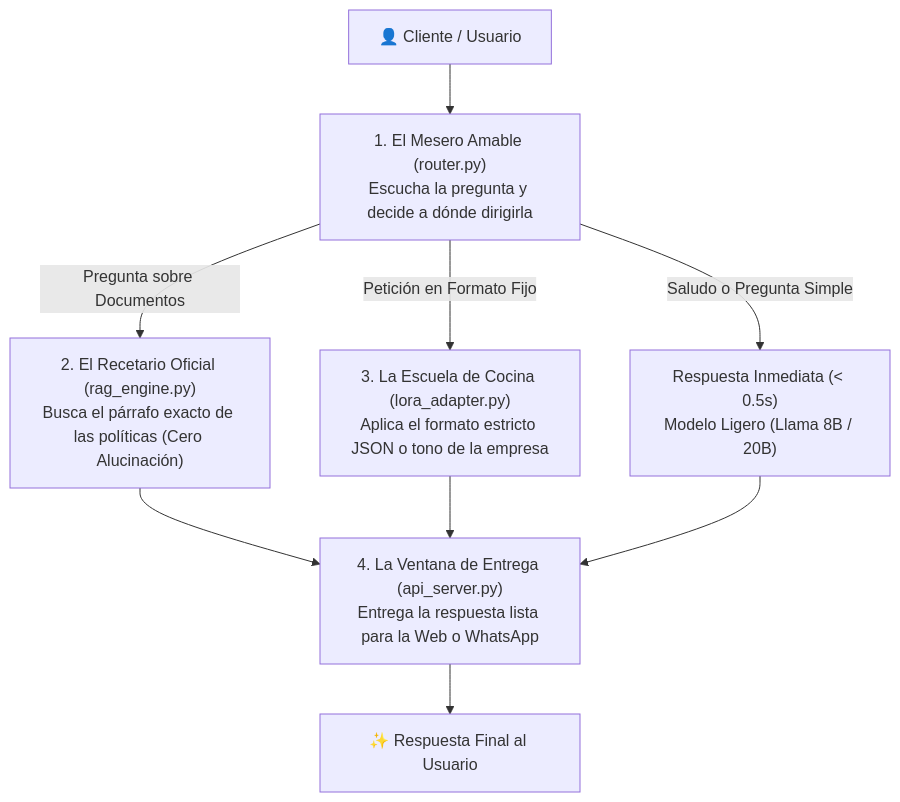
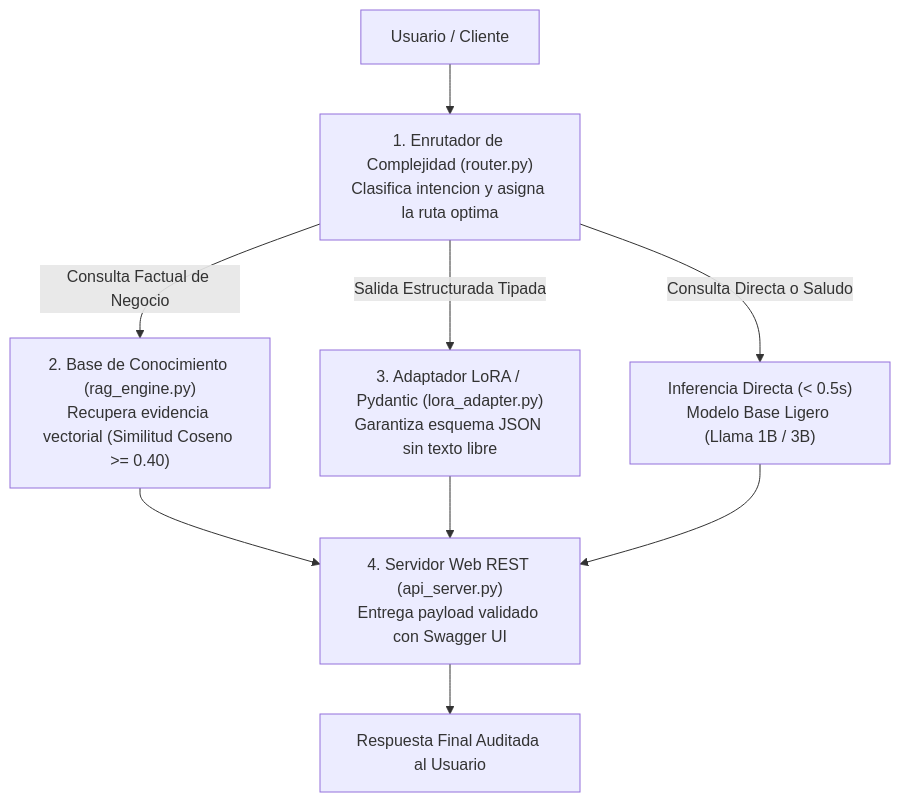
One commit to jjho05/meta-llama-engineering-labs changed the diagram in docs/modulo-1-fundamentos-ia/hackathon-guia-participante.md. Above: the diagram before and after it, drawn with Mermaid. The commit also changed other lines of this file, not shown here.

````diff
--- a/docs/modulo-1-fundamentos-ia/hackathon-guia-participante.md
+++ b/docs/modulo-1-fundamentos-ia/hackathon-guia-participante.md
@@ -21,11 +21,11 @@
 ```mermaid
 graph TD
-    User["👤 Cliente / Usuario"] --> Router["1. El Mesero Amable (router.py)<br>Escucha la pregunta y decide a dónde dirigirla"]
-    Router -->|"Saludo o Pregunta Simple"| FastLLM["Respuesta Inmediata (< 0.5s)<br>Modelo Ligero (Llama 8B / 20B)"]
-    Router -->|"Pregunta sobre Documentos"| RAG["2. El Recetario Oficial (rag_engine.py)<br>Busca el párrafo exacto de las políticas (Cero Alucinación)"]
-    Router -->|"Petición en Formato Fijo"| LoRA["3. La Escuela de Cocina (lora_adapter.py)<br>Aplica el formato estricto JSON o tono de la empresa"]
-    RAG --> API["4. La Ventana de Entrega (api_server.py)<br>Entrega la respuesta lista para la Web o WhatsApp"]
+    User["Usuario / Cliente"] --> Router["1. Enrutador de Complejidad (router.py)<br>Clasifica intencion y asigna la ruta optima"]
+    Router -->|"Consulta Directa o Saludo"| FastLLM["Inferencia Directa (< 0.5s)<br>Modelo Base Ligero (Llama 1B / 3B)"]
+    Router -->|"Consulta Factual de Negocio"| RAG["2. Base de Conocimiento (rag_engine.py)<br>Recupera evidencia vectorial (Similitud Coseno >= 0.40)"]
+    Router -->|"Salida Estructurada Tipada"| LoRA["3. Adaptador LoRA / Pydantic (lora_adapter.py)<br>Garantiza esquema JSON sin texto libre"]
+    RAG --> API["4. Servidor Web REST (api_server.py)<br>Entrega payload validado con Swagger UI"]
     LoRA --> API
     FastLLM --> API
-    API --> Final["✨ Respuesta Final al Usuario"]
+    API --> Final["Respuesta Final Auditada al Usuario"]
 ```
````
